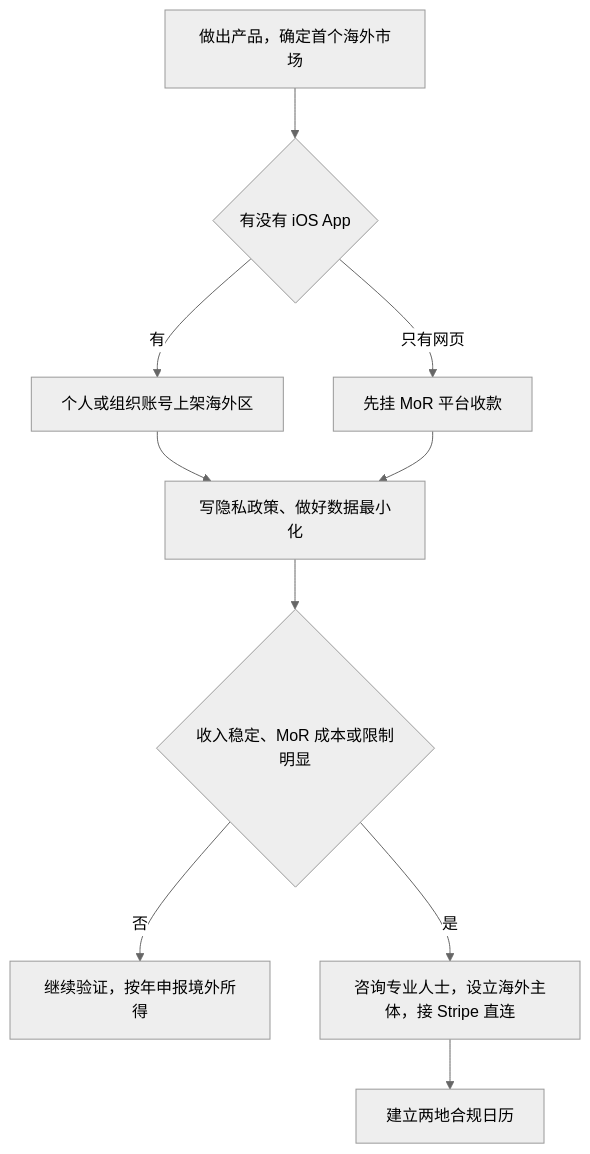
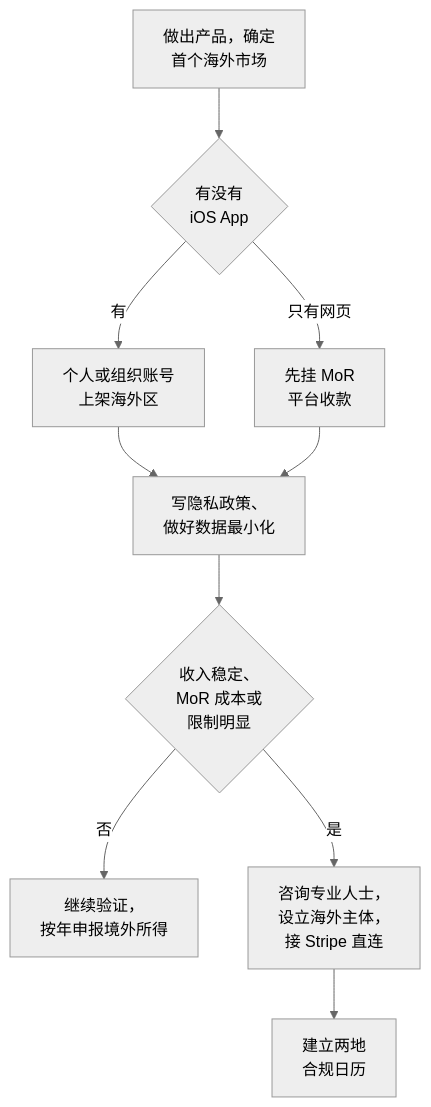
Before and after one commit to jarvis-pro/hatch-shelf: the second of 2 diagrams in books/going-global/01-overview.md, drawn with Mermaid (neutral theme). The commit also changed other lines of this file and 432 other files, not shown here.

````diff
--- a/books/going-global/01-overview.md
+++ b/books/going-global/01-overview.md
@@ -93,12 +93,12 @@
 ```mermaid
 flowchart TD
-  S["做出产品，确定首个海外市场"] --> P{"有没有 iOS App"}
-  P -- "有" --> I["个人或组织账号上架海外区"]
-  P -- "只有网页" --> M["先挂 MoR 平台收款"]
-  I --> G["写隐私政策、做好数据最小化"]
+  S["做出产品，确定<br/>首个海外市场"] --> P{"有没有<br/>iOS App"}
+  P -- "有" --> I["个人或组织账号<br/>上架海外区"]
+  P -- "只有网页" --> M["先挂 MoR<br/>平台收款"]
+  I --> G["写隐私政策、<br/>做好数据最小化"]
   M --> G
-  G --> V{"收入稳定、MoR 成本或限制明显"}
-  V -- "否" --> K["继续验证，按年申报境外所得"]
-  V -- "是" --> E["咨询专业人士，设立海外主体，接 Stripe 直连"]
-  E --> T["建立两地合规日历"]
+  G --> V{"收入稳定、<br/>MoR 成本或<br/>限制明显"}
+  V -- "否" --> K["继续验证，<br/>按年申报境外所得"]
+  V -- "是" --> E["咨询专业人士，<br/>设立海外主体，<br/>接 Stripe 直连"]
+  E --> T["建立两地<br/>合规日历"]
 ```
````
